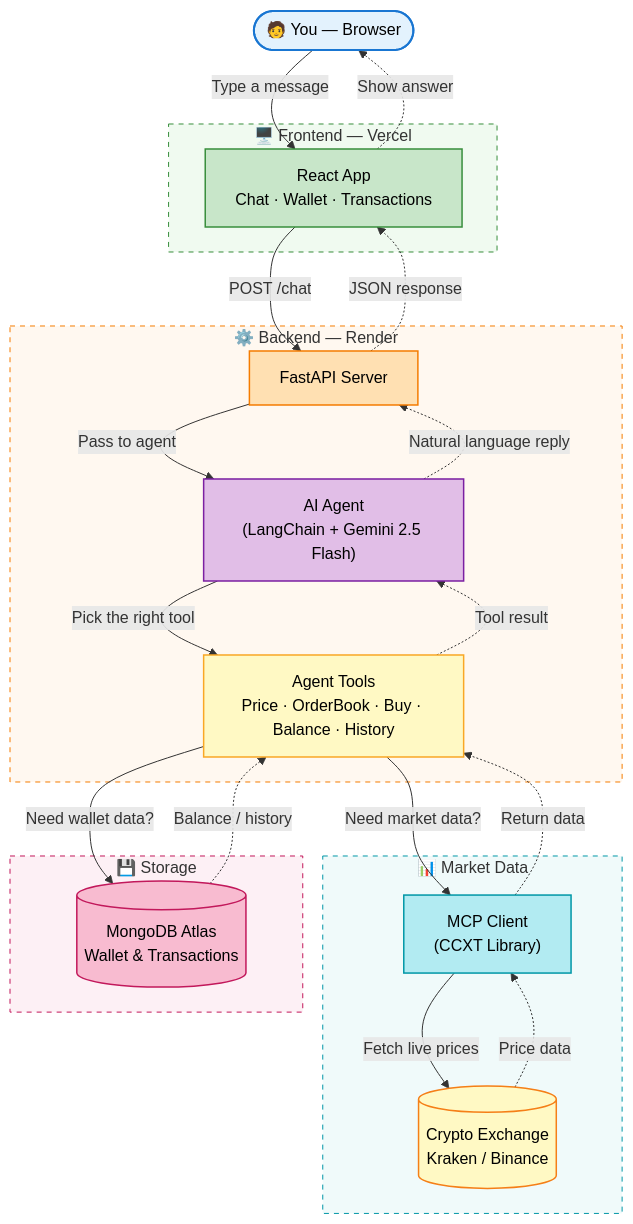
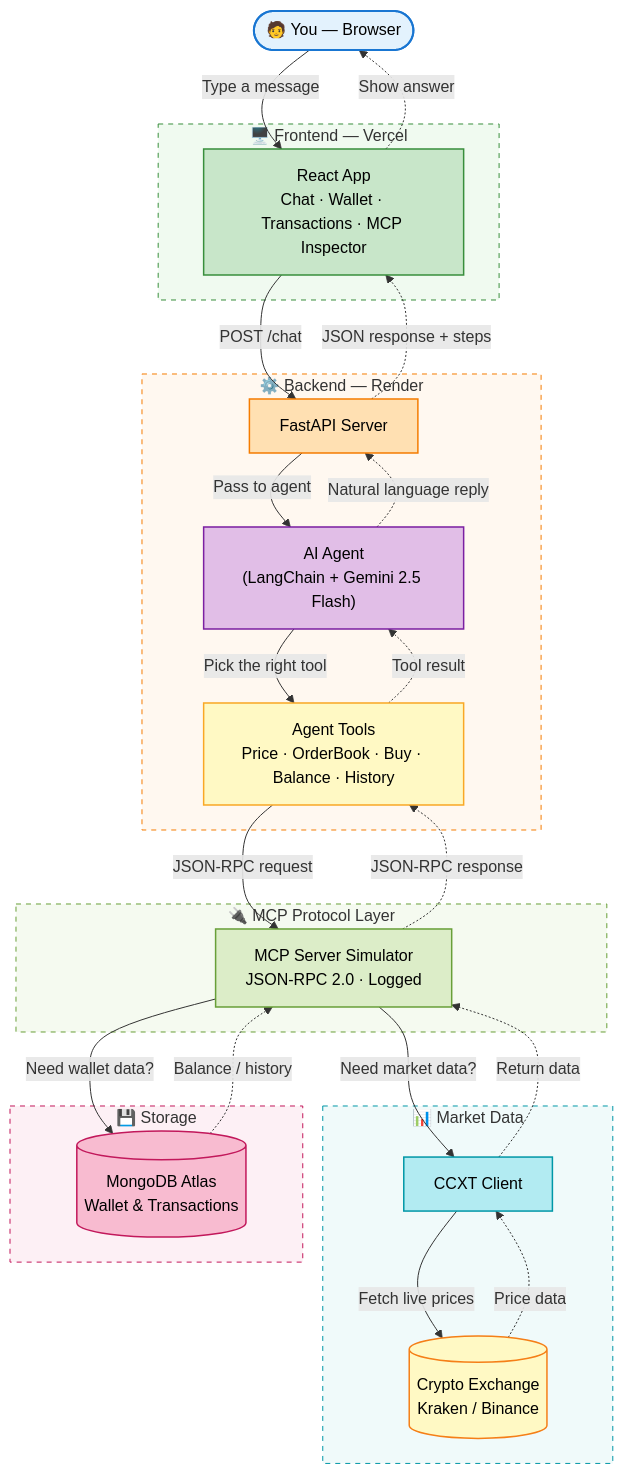
One commit to mhowai0802/Antalpha_aiagent changed the first of 4 diagrams in Architecture_Explained.md. Above: the diagram before and after it, drawn with Mermaid. The commit also changed other lines of this file and 19 other files, not shown here.

First line of the commit message:
Feat: Add MCP simulator layer with UI transparency and MongoDB persistence

````diff
--- a/Architecture_Explained.md
+++ b/Architecture_Explained.md
@@ -24,55 +24,63 @@
 ```mermaid
 flowchart TD
   User(["🧑 You — Browser"])
 
   subgraph frontend ["🖥️ Frontend — Vercel"]
-    UI["React App\nChat · Wallet · Transactions"]
+    UI["React App\nChat · Wallet · Transactions · MCP Inspector"]
   end
 
   subgraph backend ["⚙️ Backend — Render"]
     API["FastAPI Server"]
     Agent["AI Agent\n(LangChain + Gemini 2.5 Flash)"]
     Tools["Agent Tools\nPrice · OrderBook · Buy · Balance · History"]
   end
 
+  subgraph mcp_layer ["🔌 MCP Protocol Layer"]
+    MCPSrv["MCP Server Simulator\nJSON-RPC 2.0 · Logged"]
+  end
+
   subgraph market ["📊 Market Data"]
-    CCXT["MCP Client\n(CCXT Library)"]
+    CCXT["CCXT Client"]
     Exchange[("Crypto Exchange\nKraken / Binance")]
   end
 
   subgraph storage ["💾 Storage"]
     DB[("MongoDB Atlas\nWallet & Transactions")]
   end
 
   %% Request path (solid arrows)
   User -->|"Type a message"| UI
   UI -->|"POST /chat"| API
   API -->|"Pass to agent"| Agent
   Agent -->|"Pick the right tool"| Tools
-  Tools -->|"Need market data?"| CCXT
+  Tools -->|"JSON-RPC request"| MCPSrv
+  MCPSrv -->|"Need market data?"| CCXT
   CCXT -->|"Fetch live prices"| Exchange
-  Tools -->|"Need wallet data?"| DB
+  MCPSrv -->|"Need wallet data?"| DB
 
   %% Response path (dotted arrows)
   Exchange -.->|"Price data"| CCXT
-  CCXT -.->|"Return data"| Tools
-  DB -.->|"Balance / history"| Tools
+  CCXT -.->|"Return data"| MCPSrv
+  DB -.->|"Balance / history"| MCPSrv
+  MCPSrv -.->|"JSON-RPC response"| Tools
   Tools -.->|"Tool result"| Agent
   Agent -.->|"Natural language reply"| API
-  API -.->|"JSON response"| UI
+  API -.->|"JSON response + steps"| UI
   UI -.->|"Show answer"| User
 
   %% Styling
   style User fill:#E3F2FD,stroke:#1976D2,stroke-width:2px,color:#000
   style UI fill:#C8E6C9,stroke:#388E3C,stroke-width:1.5px,color:#000
   style API fill:#FFE0B2,stroke:#F57C00,stroke-width:1.5px,color:#000
   style Agent fill:#E1BEE7,stroke:#7B1FA2,stroke-width:1.5px,color:#000
   style Tools fill:#FFF9C4,stroke:#F9A825,stroke-width:1.5px,color:#000
+  style MCPSrv fill:#DCEDC8,stroke:#689F38,stroke-width:1.5px,color:#000
   style CCXT fill:#B2EBF2,stroke:#0097A7,stroke-width:1.5px,color:#000
   style Exchange fill:#FFF9C4,stroke:#F57F17,stroke-width:1.5px,color:#000
   style DB fill:#F8BBD0,stroke:#C2185B,stroke-width:1.5px,color:#000
   style frontend fill:#f0faf0,stroke:#388E3C,stroke-dasharray:5 5
   style backend fill:#fff8f0,stroke:#F57C00,stroke-dasharray:5 5
+  style mcp_layer fill:#f5faf0,stroke:#689F38,stroke-dasharray:5 5
   style market fill:#f0fafa,stroke:#0097A7,stroke-dasharray:5 5
   style storage fill:#fdf0f5,stroke:#C2185B,stroke-dasharray:5 5
 ```
````
